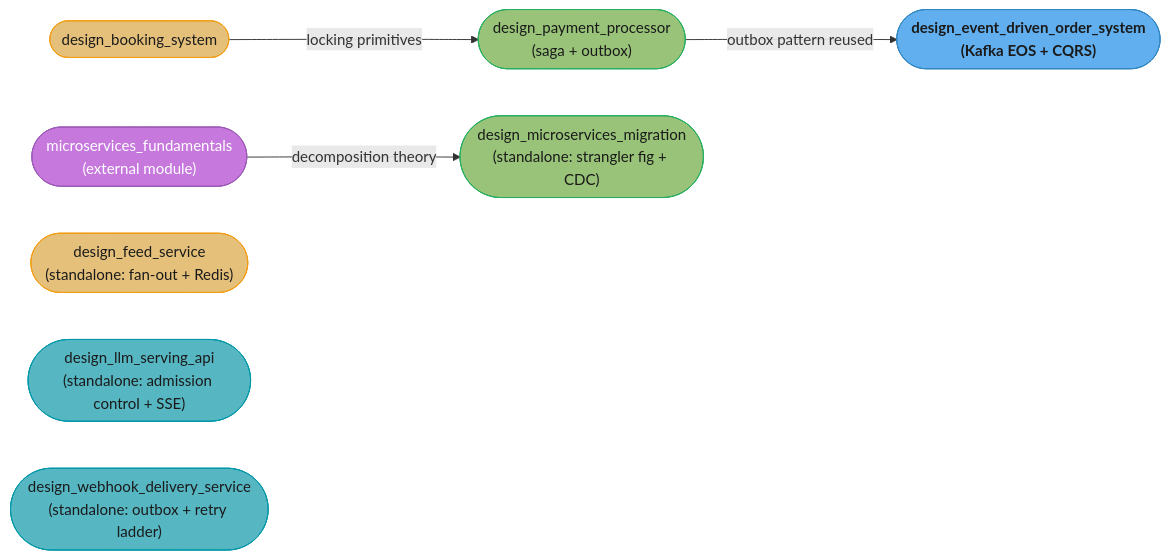
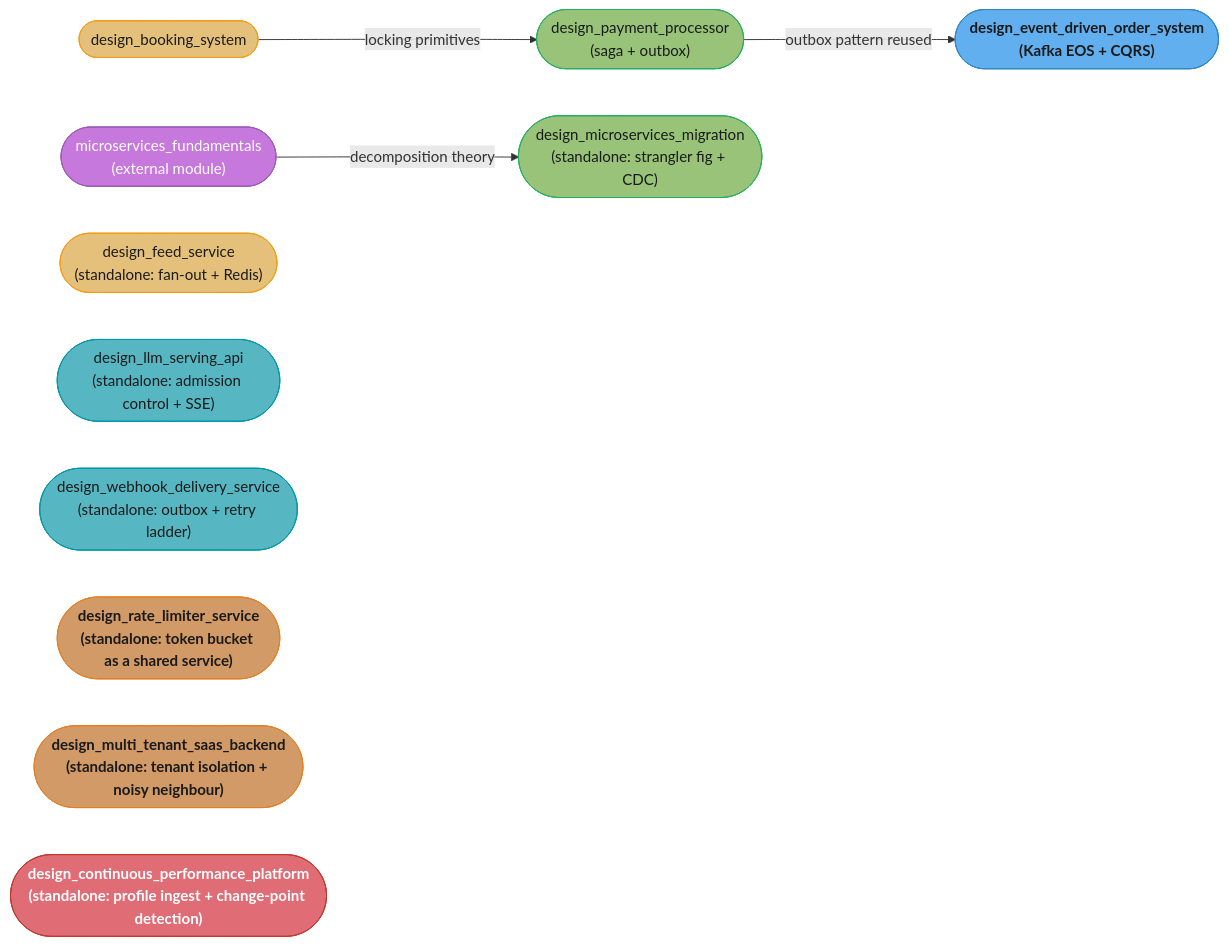
The diagram in src/main/java/com/rutik/systemdesign/backend/case_studies/case_studies.md (rppol/system-design), drawn with Mermaid before and after one commit. The commit also changed other lines of this file and 31 other files, not shown here.

````diff
--- a/src/main/java/com/rutik/systemdesign/backend/case_studies/case_studies.md
+++ b/src/main/java/com/rutik/systemdesign/backend/case_studies/case_studies.md
@@ -87,23 +97,28 @@
 ```mermaid
 flowchart LR
     classDef io      fill:#61afef,stroke:#2e86c1,color:#1a1a1a,font-weight:bold
     classDef frozen  fill:#c678dd,stroke:#9b59b6,color:#fff
     classDef train   fill:#98c379,stroke:#27ae60,color:#1a1a1a
     classDef mathOp  fill:#d19a66,stroke:#e67e22,color:#1a1a1a,font-weight:bold
     classDef lossN   fill:#e06c75,stroke:#c0392b,color:#fff,font-weight:bold
     classDef req     fill:#56b6c2,stroke:#0097a7,color:#1a1a1a
     classDef base    fill:#e5c07b,stroke:#f39c12,color:#1a1a1a
 
     booking(["design_booking_system"]) -->|"locking primitives"| payment(["design_payment_processor<br/>(saga + outbox)"])
     payment -->|"outbox pattern reused"| eventOrder(["design_event_driven_order_system<br/>(Kafka EOS + CQRS)"])
     msFund(["microservices_fundamentals<br/>(external module)"]) -->|"decomposition theory"| migration(["design_microservices_migration<br/>(standalone: strangler fig + CDC)"])
     feed(["design_feed_service<br/>(standalone: fan-out + Redis)"])
     llmapi(["design_llm_serving_api<br/>(standalone: admission control + SSE)"])
     webhook(["design_webhook_delivery_service<br/>(standalone: outbox + retry ladder)"])
+    ratelimit(["design_rate_limiter_service<br/>(standalone: token bucket as a shared service)"])
+    saas(["design_multi_tenant_saas_backend<br/>(standalone: tenant isolation + noisy neighbour)"])
+    perfplat(["design_continuous_performance_platform<br/>(standalone: profile ingest + change-point detection)"])
 
     class booking,feed base
     class llmapi,webhook req
     class payment,migration train
     class eventOrder io
     class msFund frozen
+    class ratelimit,saas mathOp
+    class perfplat lossN
 ```
````
